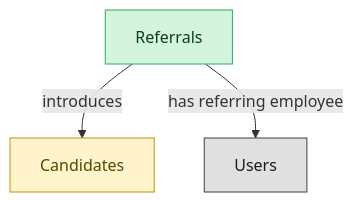
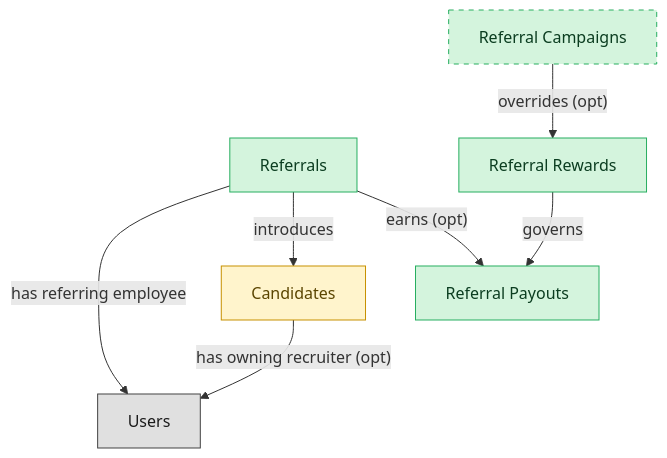
One commit to IntranetFactory/domain-map changed the diagram in catalog/blueprints/ats-referrals-semantic-blueprint.md. Above: the diagram before and after it, drawn with Mermaid. The commit also changed other lines of this file and 170 other files, not shown here.

````diff
--- a/catalog/blueprints/ats-referrals-semantic-blueprint.md
+++ b/catalog/blueprints/ats-referrals-semantic-blueprint.md
@@ -27,14 +32,25 @@
 ```mermaid
 flowchart TD
   classDef master fill:#d4f4dd,stroke:#27ae60,color:#0b3d20;
   classDef embedded_master fill:#fff4cc,stroke:#c79100,color:#5b4500;
   classDef platform_builtin fill:#e0e0e0,stroke:#424242,color:#1a1a1a;
   candidate_referrals["Referrals"]
   candidates["Candidates"]
+  referral_rewards["Referral Rewards"]
+  referral_payouts["Referral Payouts"]
+  referral_campaigns["Referral Campaigns"]
   users["Users"]
+  candidate_referrals -->|"earns (opt)"| referral_payouts
+  referral_rewards -->|"governs"| referral_payouts
+  referral_campaigns -->|"overrides (opt)"| referral_rewards
   candidate_referrals -->|"introduces"| candidates
+  candidates -->|"has owning recruiter (opt)"| users
   candidate_referrals -->|"has referring employee"| users
   class candidate_referrals master;
   class candidates embedded_master;
+  class referral_rewards master;
+  class referral_payouts master;
+  class referral_campaigns master;
   class users platform_builtin;
+  style referral_campaigns stroke-dasharray:5 5;
 ```
````
